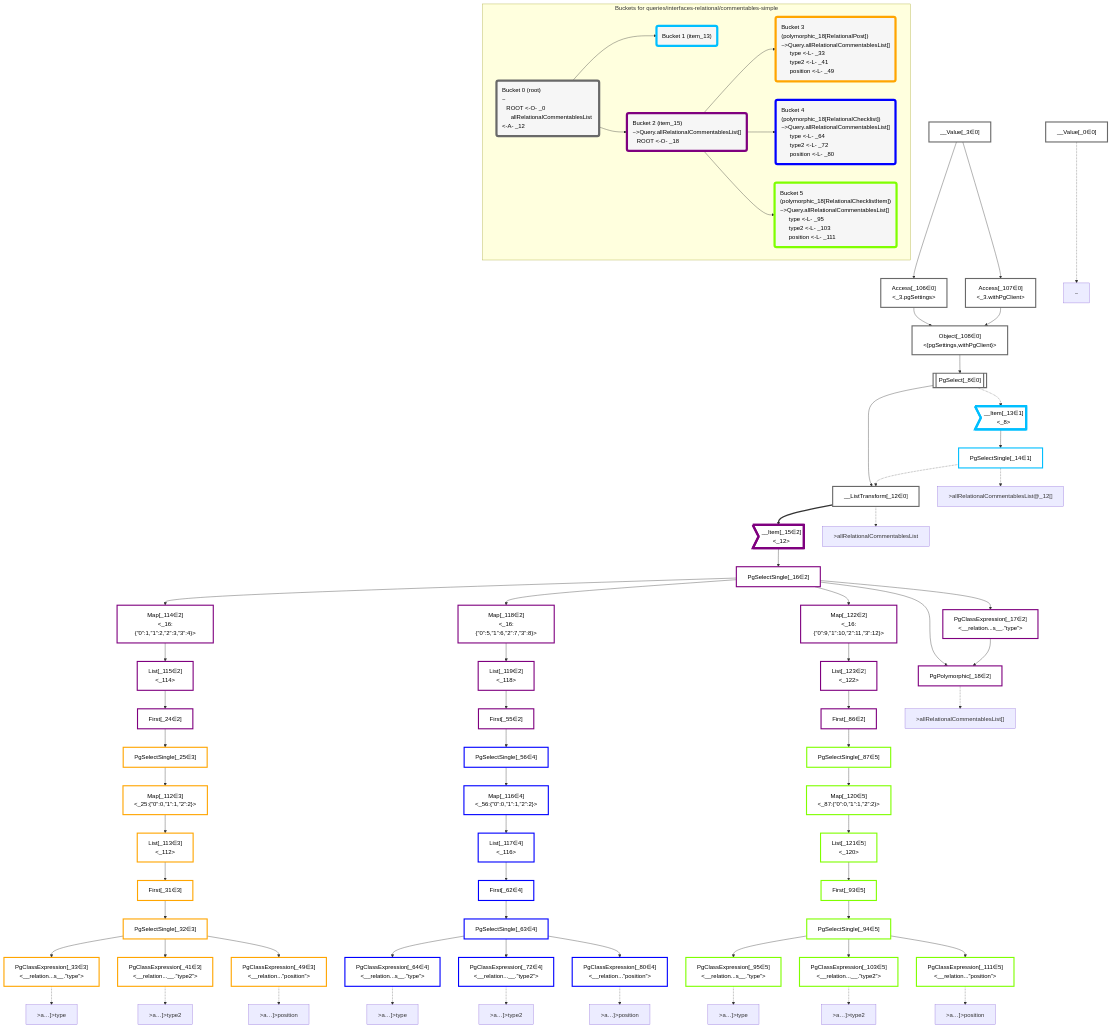
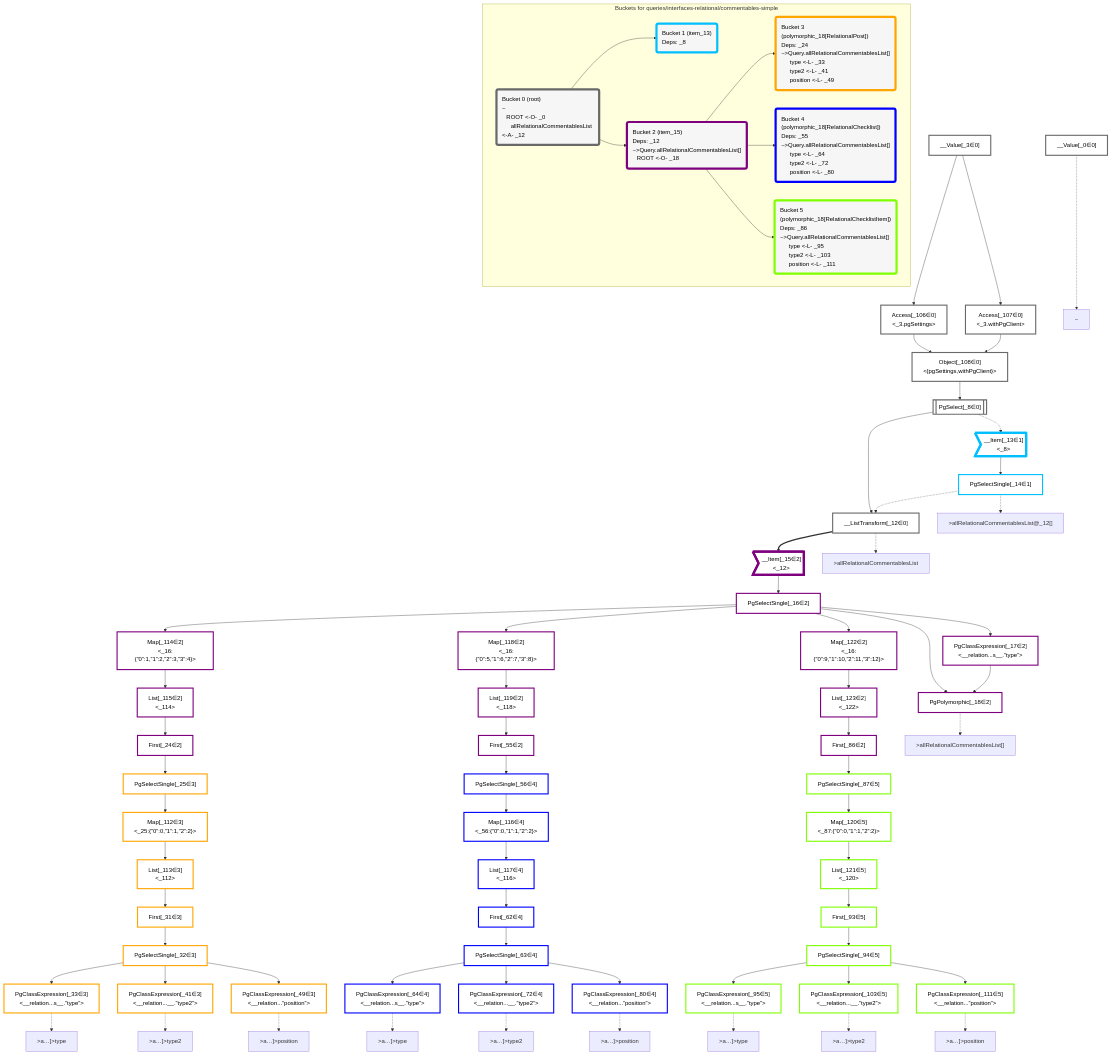
The diagram in packages/dataplan-pg/__tests__/queries/interfaces-relational/commentables-simple.mermaid.md (graphile/crystal), drawn with Mermaid before and after one commit. The commit also changed 157 other files, not shown here.

Commit message:
Add deps to all query snapshots

```diff
--- a/packages/dataplan-pg/__tests__/queries/interfaces-relational/commentables-simple.mermaid.md
+++ b/packages/dataplan-pg/__tests__/queries/interfaces-relational/commentables-simple.mermaid.md
@@ -149,19 +149,19 @@
     subgraph "Buckets for queries/interfaces-relational/commentables-simple"
     Bucket0("Bucket 0 (root)<br />~<br />⠀ROOT <-O- _0<br />⠀⠀allRelationalCommentablesList <-A- _12"):::bucket
     style Bucket0 stroke:#696969
-    Bucket1("Bucket 1 (item_13)"):::bucket
+    Bucket1("Bucket 1 (item_13)<br />Deps: _8"):::bucket
     style Bucket1 stroke:#00bfff
     Bucket0 --> Bucket1
-    Bucket2("Bucket 2 (item_15)<br />~>Query.allRelationalCommentablesList[]<br />⠀ROOT <-O- _18"):::bucket
+    Bucket2("Bucket 2 (item_15)<br />Deps: _12<br />~>Query.allRelationalCommentablesList[]<br />⠀ROOT <-O- _18"):::bucket
     style Bucket2 stroke:#7f007f
     Bucket0 --> Bucket2
-    Bucket3("Bucket 3 (polymorphic_18[RelationalPost])<br />~>Query.allRelationalCommentablesList[]<br />⠀⠀type <-L- _33<br />⠀⠀type2 <-L- _41<br />⠀⠀position <-L- _49"):::bucket
+    Bucket3("Bucket 3 (polymorphic_18[RelationalPost])<br />Deps: _24<br />~>Query.allRelationalCommentablesList[]<br />⠀⠀type <-L- _33<br />⠀⠀type2 <-L- _41<br />⠀⠀position <-L- _49"):::bucket
     style Bucket3 stroke:#ffa500
     Bucket2 --> Bucket3
-    Bucket4("Bucket 4 (polymorphic_18[RelationalChecklist])<br />~>Query.allRelationalCommentablesList[]<br />⠀⠀type <-L- _64<br />⠀⠀type2 <-L- _72<br />⠀⠀position <-L- _80"):::bucket
+    Bucket4("Bucket 4 (polymorphic_18[RelationalChecklist])<br />Deps: _55<br />~>Query.allRelationalCommentablesList[]<br />⠀⠀type <-L- _64<br />⠀⠀type2 <-L- _72<br />⠀⠀position <-L- _80"):::bucket
     style Bucket4 stroke:#0000ff
     Bucket2 --> Bucket4
-    Bucket5("Bucket 5 (polymorphic_18[RelationalChecklistItem])<br />~>Query.allRelationalCommentablesList[]<br />⠀⠀type <-L- _95<br />⠀⠀type2 <-L- _103<br />⠀⠀position <-L- _111"):::bucket
+    Bucket5("Bucket 5 (polymorphic_18[RelationalChecklistItem])<br />Deps: _86<br />~>Query.allRelationalCommentablesList[]<br />⠀⠀type <-L- _95<br />⠀⠀type2 <-L- _103<br />⠀⠀position <-L- _111"):::bucket
     style Bucket5 stroke:#7fff00
     Bucket2 --> Bucket5
     end
```
